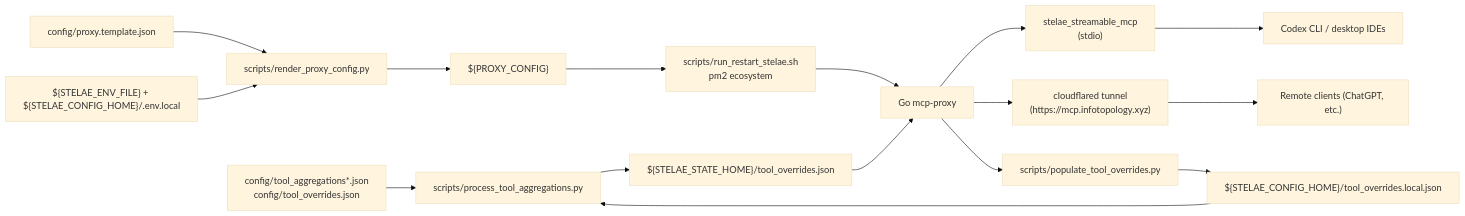
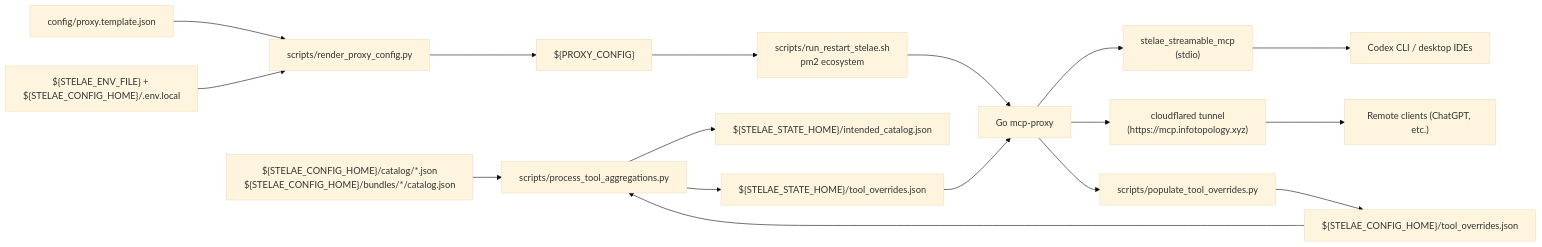
Before and after one commit to Dub1n/stelae: the fifth of 7 diagrams in docs/ARCHITECTURE.md, drawn with Mermaid (base theme). The commit also changed other lines of this file and 8 other files, not shown here.

Commit message:
chore: catalog config-home migration 3

````diff
--- a/docs/ARCHITECTURE.md
+++ b/docs/ARCHITECTURE.md
@@ -282,21 +279,22 @@
 ```mermaid
 flowchart LR
-    Aggregations["config/tool_aggregations*.json<br/>config/tool_overrides.json"] --> Process["scripts/process_tool_aggregations.py"]
-    LocalOverrides["${STELAE_CONFIG_HOME}/tool_overrides.local.json"] --> Process
+    Aggregations["${STELAE_CONFIG_HOME}/catalog/*.json<br/>${STELAE_CONFIG_HOME}/bundles/*/catalog.json"] --> Process["scripts/process_tool_aggregations.py"]
+    LocalOverrides["${STELAE_CONFIG_HOME}/tool_overrides.json"] --> Process
     Process --> StateOverrides["${STELAE_STATE_HOME}/tool_overrides.json"]
+    Process --> Intended["${STELAE_STATE_HOME}/intended_catalog.json"]
 
     ProxyTemplate["config/proxy.template.json"] --> RenderProxy["scripts/render_proxy_config.py"]
     EnvLayer["${STELAE_ENV_FILE} + ${STELAE_CONFIG_HOME}/.env.local"] --> RenderProxy
     RenderProxy --> ProxyConfig["${PROXY_CONFIG}"]
 
     ProxyConfig --> Restart["scripts/run_restart_stelae.sh<br/>pm2 ecosystem"]
     Restart --> Proxy["Go mcp-proxy"]
     Proxy --> Bridge["stelae_streamable_mcp\n(stdio)"]
     Proxy --> Tunnel["cloudflared tunnel\n(https://mcp.infotopology.xyz)"]
     Tunnel --> Remote["Remote clients (ChatGPT, etc.)"]
     Bridge --> Codex["Codex CLI / desktop IDEs"]
 
     Proxy --> Populate["scripts/populate_tool_overrides.py"]
     Populate --> LocalOverrides
     StateOverrides --> Proxy
 ```
````
